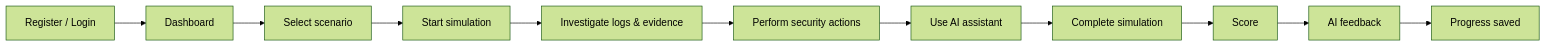
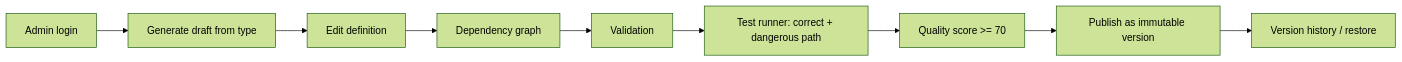
The diagram in docs/en/02-requirements.md (baghdasaryanzenfira-spec/cyber-sim), drawn with Mermaid (forest theme) before and after one commit. The commit also changed other lines of this file and 37 other files, not shown here.

````diff
--- a/docs/en/02-requirements.md
+++ b/docs/en/02-requirements.md
@@ -63,6 +94,6 @@
 ```mermaid
 flowchart LR
-  A[Register / Login] --> B[Dashboard] --> C[Select scenario] --> D[Start simulation]
-  D --> E[Investigate logs & evidence] --> F[Perform security actions] --> G[Use AI assistant]
-  G --> H[Complete simulation] --> I[Score] --> J[AI feedback] --> K[Progress saved]
+  A[Admin login] --> B[Generate draft from type] --> C[Edit definition]
+  C --> D[Dependency graph] --> E[Validation] --> F[Test runner: correct + dangerous path]
+  F --> G[Quality score >= 70] --> H[Publish as immutable version] --> I[Version history / restore]
 ```
````
